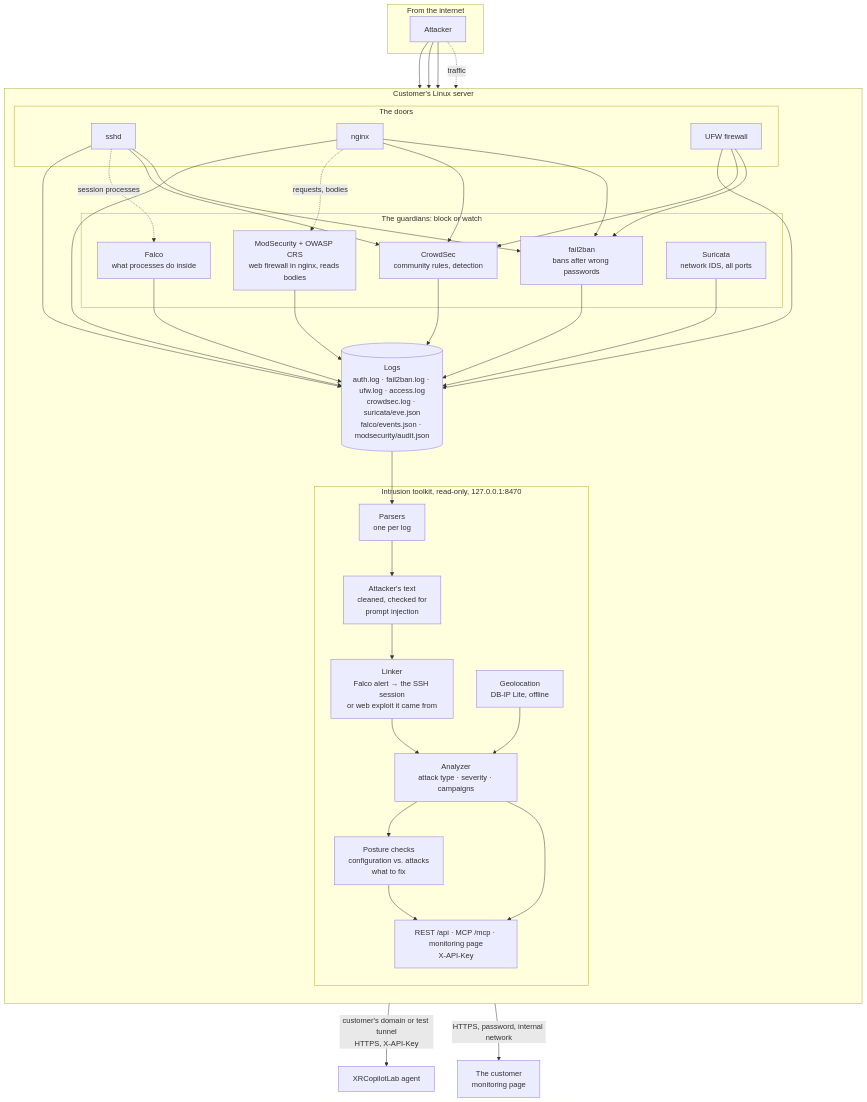
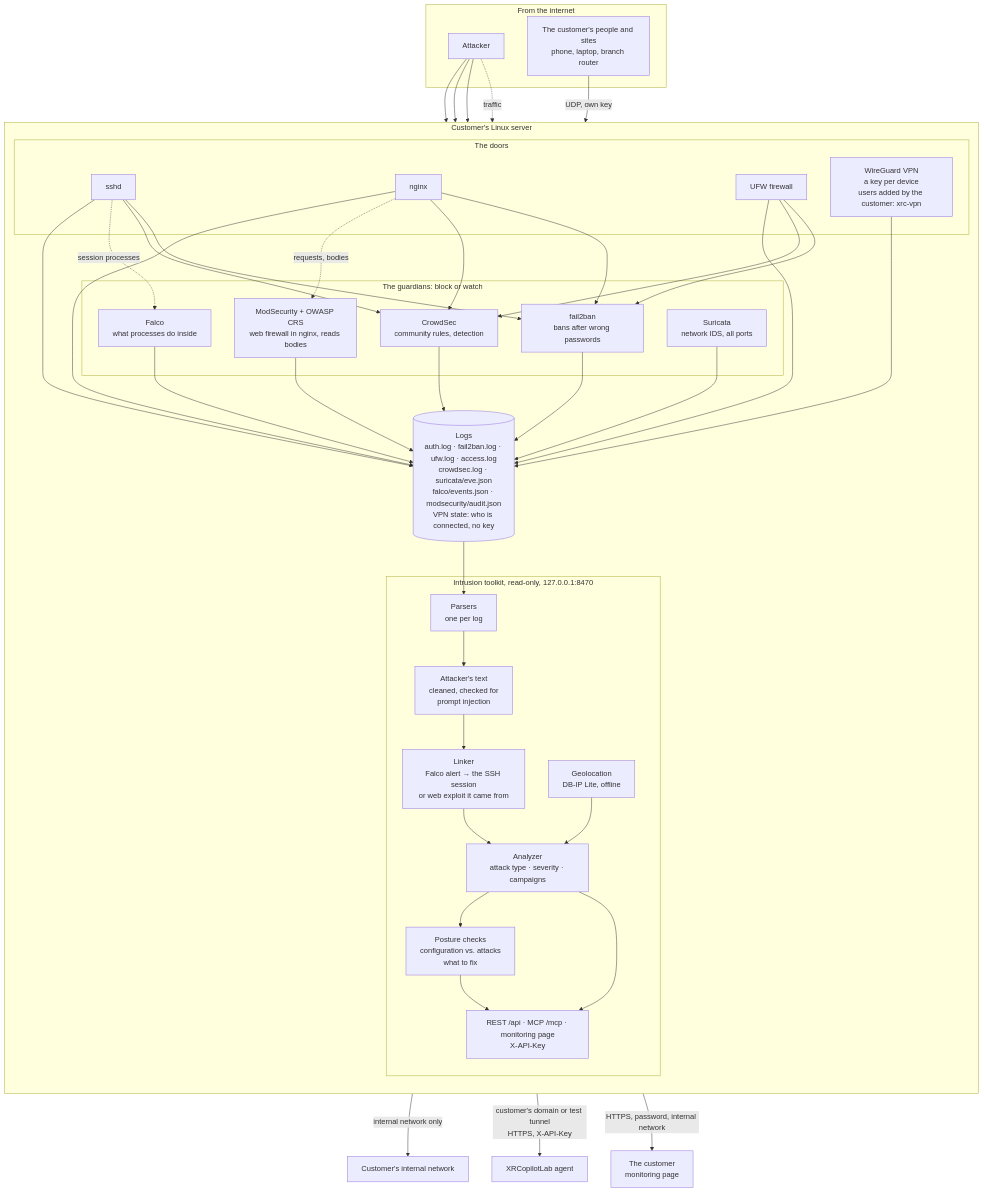
Before and after one commit to hevolusinnovation/xrcopilotlab-intrusion-mcp: the second of 4 diagrams in README.md, drawn with Mermaid. The commit also changed other lines of this file and 16 other files, not shown here.

First line of the commit message:
feat: WireGuard VPN for the customer's people and sites (install.sh --with wireguard)

````diff
--- a/README.md
+++ b/README.md
@@ -48,45 +49,49 @@
 ```mermaid
 flowchart TB
   subgraph NET[From the internet]
     ATK[Attacker]
+    STAFF[The customer's people and sites<br/>phone, laptop, branch router]
   end
   subgraph HOST[Customer's Linux server]
     direction TB
     subgraph DOORS[The doors]
       SSHD[sshd]
       NGINX[nginx]
       FW[UFW firewall]
+      VPN[WireGuard VPN<br/>a key per device<br/>users added by the customer: xrc-vpn]
     end
     subgraph GUARDS[The guardians: block or watch]
       F2B[fail2ban<br/>bans after wrong passwords]
       CS[CrowdSec<br/>community rules, detection]
       SUR[Suricata<br/>network IDS, all ports]
       FAL[Falco<br/>what processes do inside]
       MOD[ModSecurity + OWASP CRS<br/>web firewall in nginx, reads bodies]
     end
-    LOGS[(Logs<br/>auth.log · fail2ban.log · ufw.log · access.log<br/>crowdsec.log · suricata/eve.json<br/>falco/events.json · modsecurity/audit.json)]
+    LOGS[(Logs<br/>auth.log · fail2ban.log · ufw.log · access.log<br/>crowdsec.log · suricata/eve.json<br/>falco/events.json · modsecurity/audit.json<br/>VPN state: who is connected, no key)]
     subgraph TK[Intrusion toolkit, read-only, 127.0.0.1:8470]
       P[Parsers<br/>one per log]
       U[Attacker's text<br/>cleaned, checked for<br/>prompt injection]
       L[Linker<br/>Falco alert → the SSH session<br/>or web exploit it came from]
       AN[Analyzer<br/>attack type · severity · campaigns]
       GEO[Geolocation<br/>DB-IP Lite, offline]
       PST[Posture checks<br/>configuration vs. attacks<br/>what to fix]
       API[REST /api · MCP /mcp · monitoring page<br/>X-API-Key]
     end
   end
   XRC[XRCopilotLab agent]
   CUST[The customer<br/>monitoring page]
 
   ATK --> SSHD & NGINX & FW
+  STAFF -->|UDP, own key| VPN
+  VPN -->|internal network only| LAN[Customer's internal network]
   SSHD & NGINX & FW --> F2B & CS
   ATK -. traffic .-> SUR
   SSHD -. session processes .-> FAL
   NGINX -. requests, bodies .-> MOD
-  SSHD & NGINX & FW & F2B & CS & SUR & FAL & MOD --> LOGS
+  SSHD & NGINX & FW & F2B & CS & SUR & FAL & MOD & VPN --> LOGS
   LOGS --> P --> U --> L --> AN --> API
   GEO --> AN
   AN --> PST --> API
   API -->|customer's domain or test tunnel<br/>HTTPS, X-API-Key| XRC
   API -->|HTTPS, password, internal network| CUST
 ```
````
